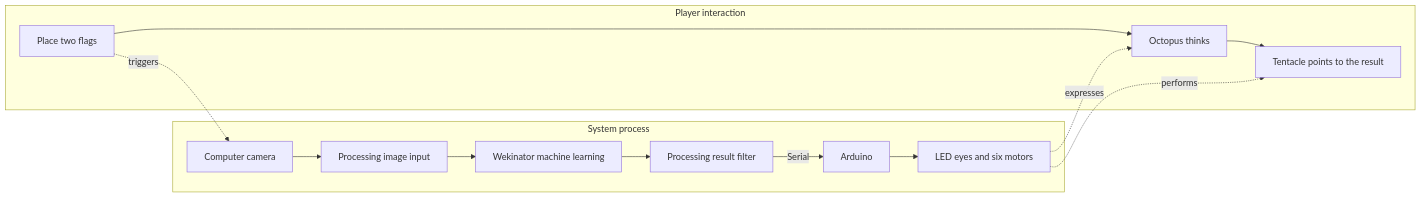
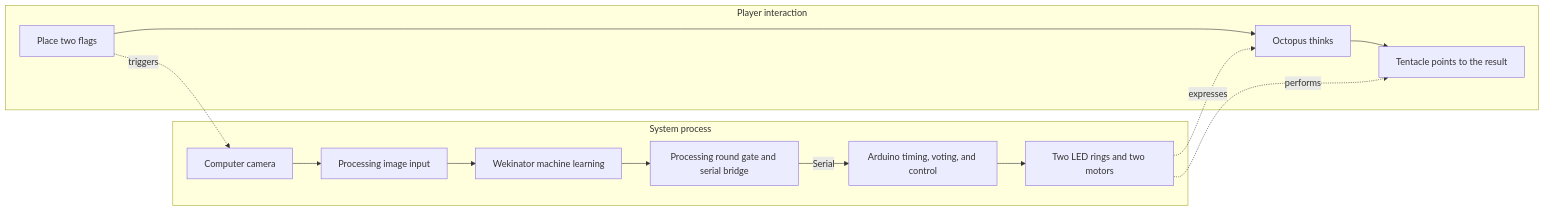
One commit to JoycelynDing/CPS-Group21-Paul-the-Octopus changed the first of 4 diagrams in README.md. Above: the diagram before and after it, drawn with Mermaid. The commit also changed other lines of this file, not shown here.

````diff
--- a/README.md
+++ b/README.md
@@ -32,18 +34,18 @@
 ```mermaid
 flowchart LR
     subgraph Frontstage[Player interaction]
         A[Place two flags] --> B[Octopus thinks] --> C[Tentacle points to the result]
     end
 
     subgraph Backstage[System process]
         D[Computer camera] --> E[Processing image input]
         E --> F[Wekinator machine learning]
-        F --> G[Processing result filter]
-        G -->|Serial| H[Arduino]
-        H --> I[LED eyes and six motors]
+        F --> G[Processing round gate and serial bridge]
+        G -->|Serial| H[Arduino timing, voting, and control]
+        H --> I[Two LED rings and two motors]
     end
 
     A -. triggers .-> D
     I -. expresses .-> B
     I -. performs .-> C
 ```
````
